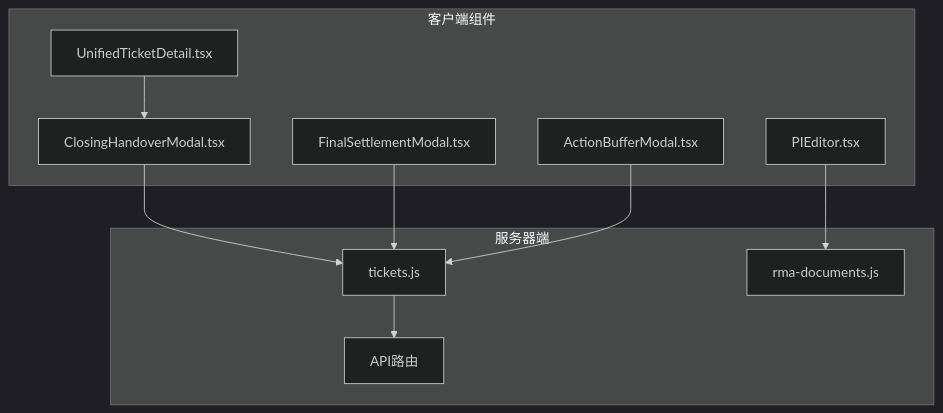
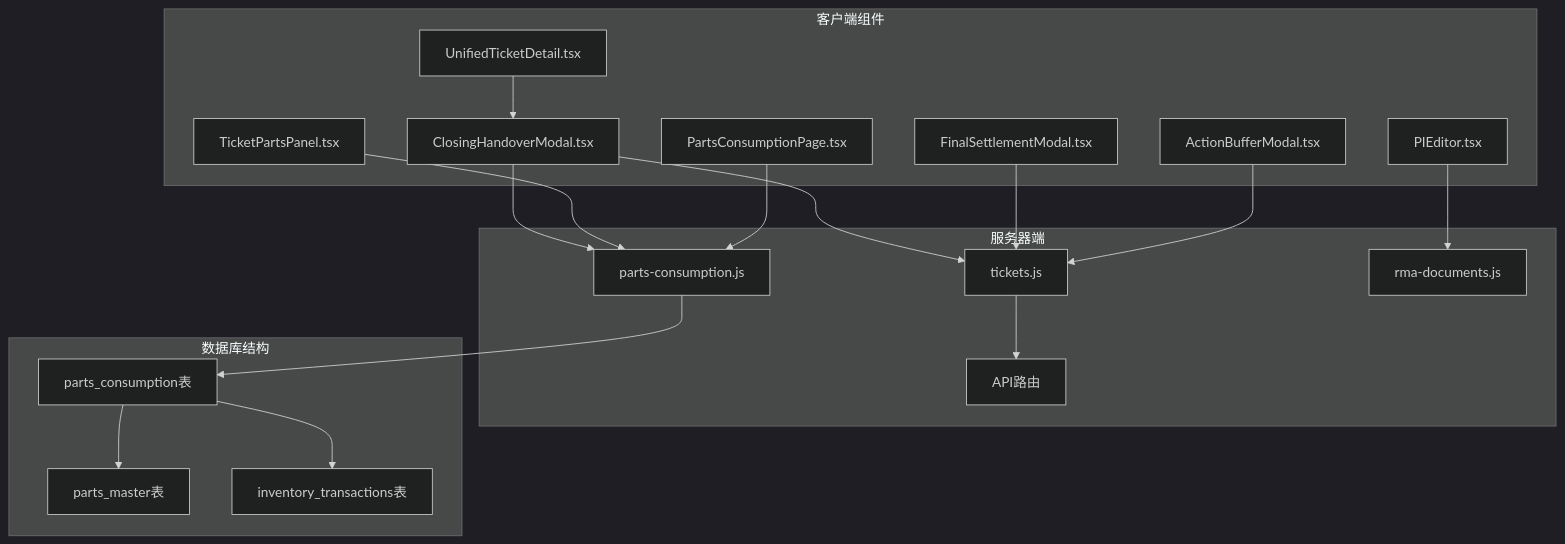
The first of 11 diagrams in .qoder/repowiki/zh/content/前端组件架构/服务工作流增强/结案交接模态框.md (CubeEdge/Longhorn), drawn with Mermaid (dark theme) before and after one commit. The commit also changed other lines of this file and 28 other files, not shown here.

````diff
--- a/.qoder/repowiki/zh/content/前端组件架构/服务工作流增强/结案交接模态框.md
+++ b/.qoder/repowiki/zh/content/前端组件架构/服务工作流增强/结案交接模态框.md
@@ -59,21 +71,35 @@
 ```mermaid
 graph TB
 subgraph "客户端组件"
 UTD[UnifiedTicketDetail.tsx]
 CHM[ClosingHandoverModal.tsx]
 FSM[FinalSettlementModal.tsx]
 ABM[ActionBufferModal.tsx]
 PIE[PIEditor.tsx]
+TPP[TicketPartsPanel.tsx]
+PCP[PartsConsumptionPage.tsx]
 end
 subgraph "服务器端"
 TR[tickets.js]
+PCR[parts-consumption.js]
 RMD[rma-documents.js]
 API[API路由]
 end
+subgraph "数据库结构"
+PCM[parts_consumption表]
+PM[parts_master表]
+IT[inventory_transactions表]
+end
 UTD --> CHM
 CHM --> TR
+CHM --> PCR
 TR --> API
 FSM --> TR
 ABM --> TR
 PIE --> RMD
+TPP --> PCR
+PCP --> PCR
+PCR --> PCM
+PCM --> PM
+PCM --> IT
 ```
````
